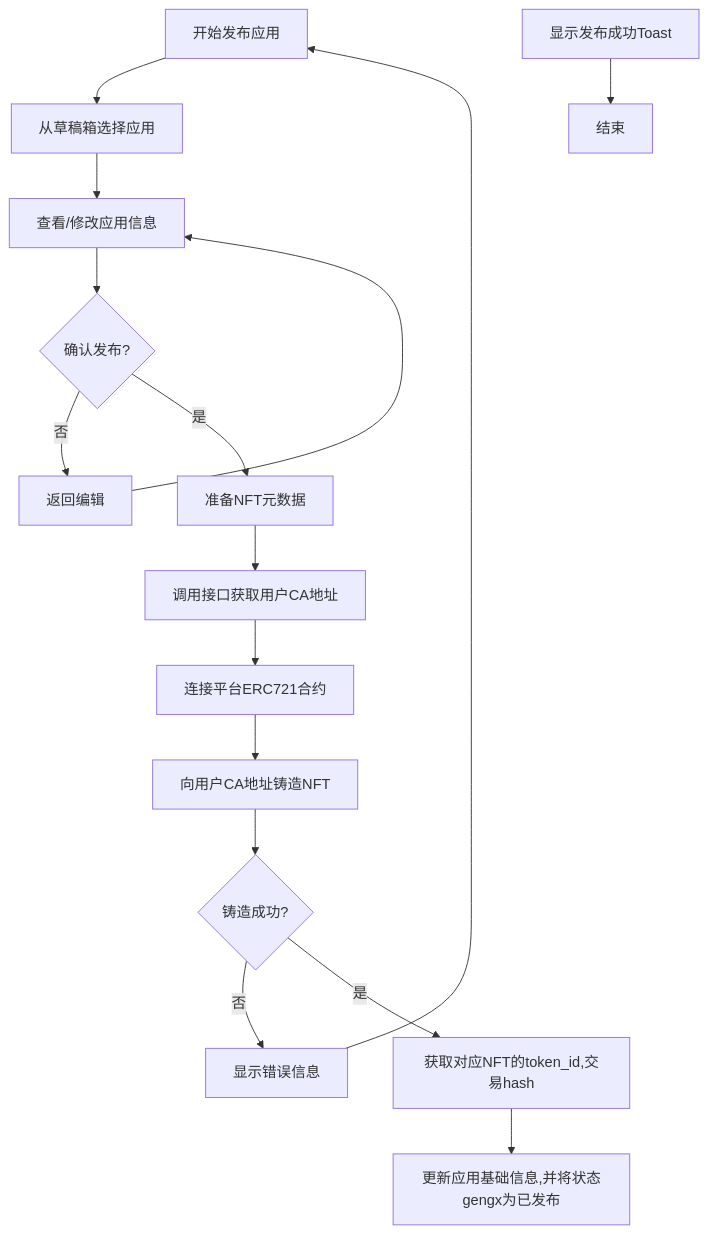
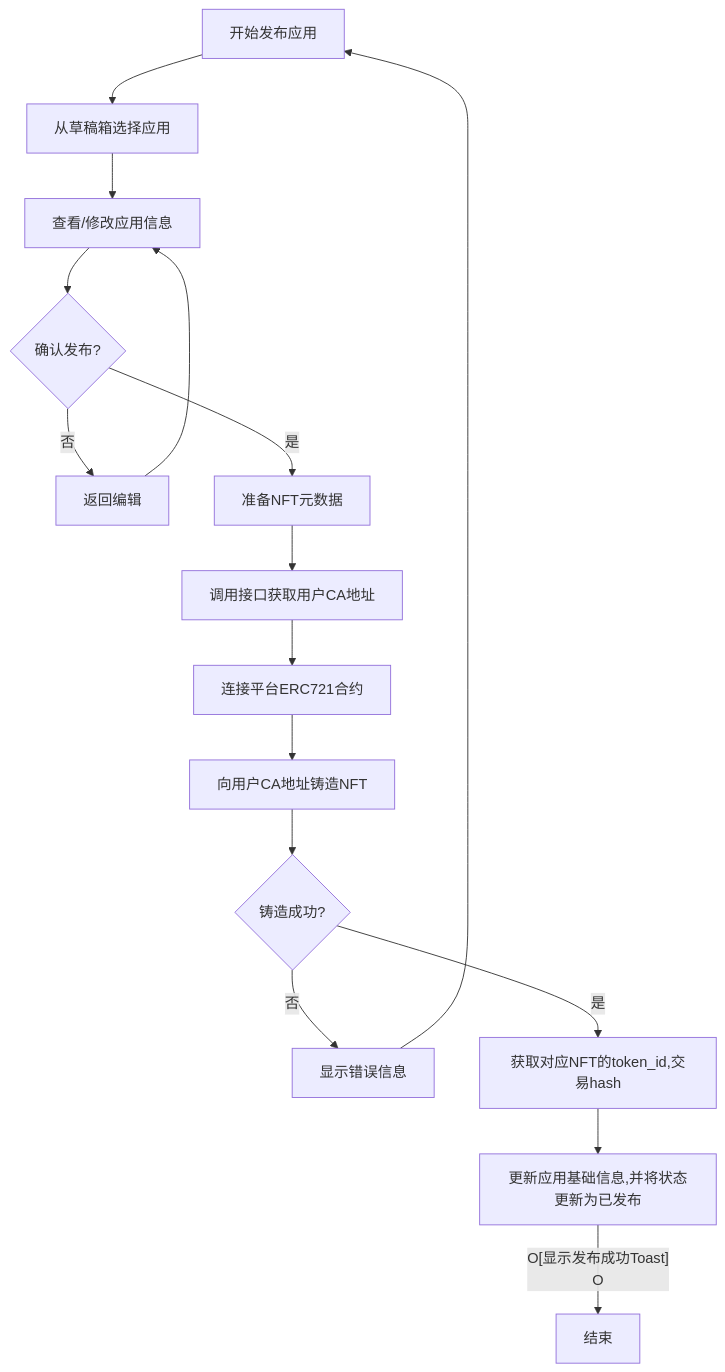
The diagram in all/未命名-66.md (yingjianzh/iodraw-files), drawn with Mermaid before and after one commit.

Commit message:
2025-05-27 11:26:37 update

````diff
--- a/all/未命名-66.md
+++ b/all/未命名-66.md
@@ -1,21 +1,21 @@
 ```mermaid
 
 flowchart TD
     A[开始发布应用] --> B[从草稿箱选择应用]
     B --> C[查看/修改应用信息]
     C --> D{确认发布?}
     D -->|否| E[返回编辑]
     E --> C
     D -->|是| F[准备NFT元数据]
     F --> G[调用接口获取用户CA地址]
     G --> H[连接平台ERC721合约]
     H --> I[向用户CA地址铸造NFT]
     I --> J{铸造成功?}
     J -->|否| K[显示错误信息]
     K --> A
     J -->|是| L[获取对应NFT的token_id,交易hash]
-    L --> M[更新应用基础信息,并将状态gengx为已发布]
-    O[显示发布成功Toast]
+    L --> M[更新应用基础信息,并将状态更新为已发布]
+    M --O[显示发布成功Toast]
     O --> P[结束]
 
 ```
````
